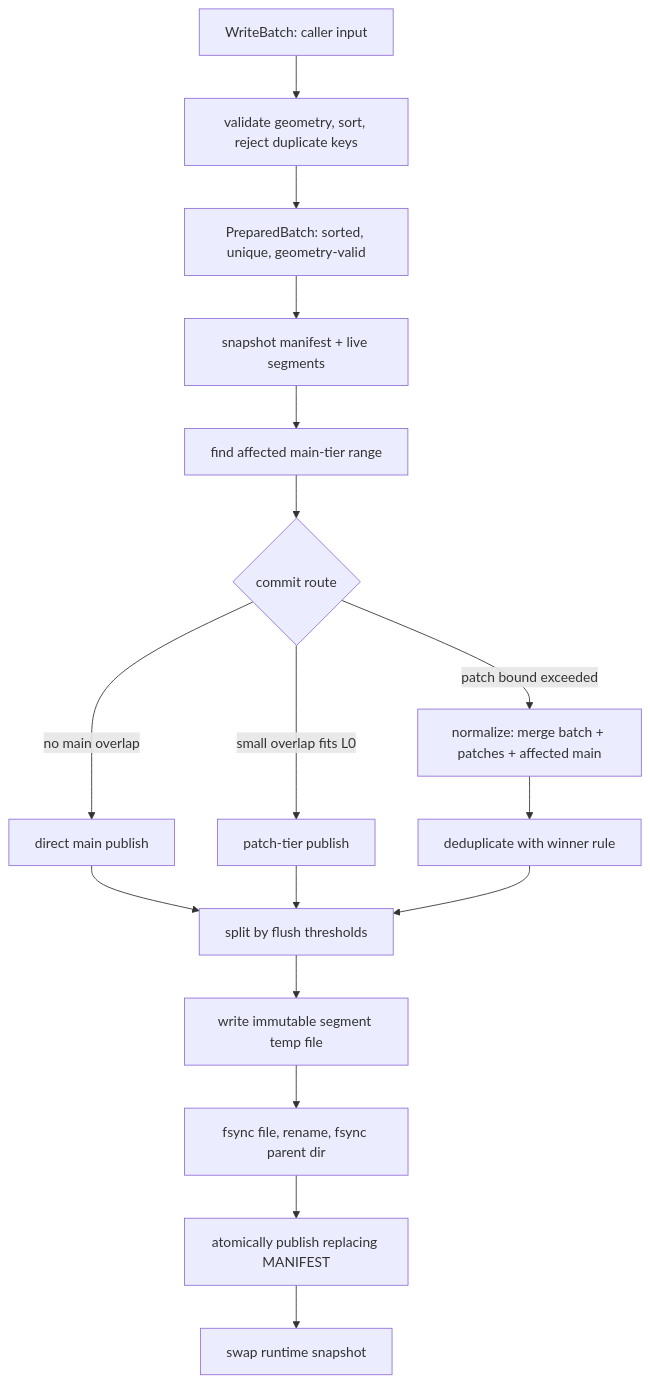
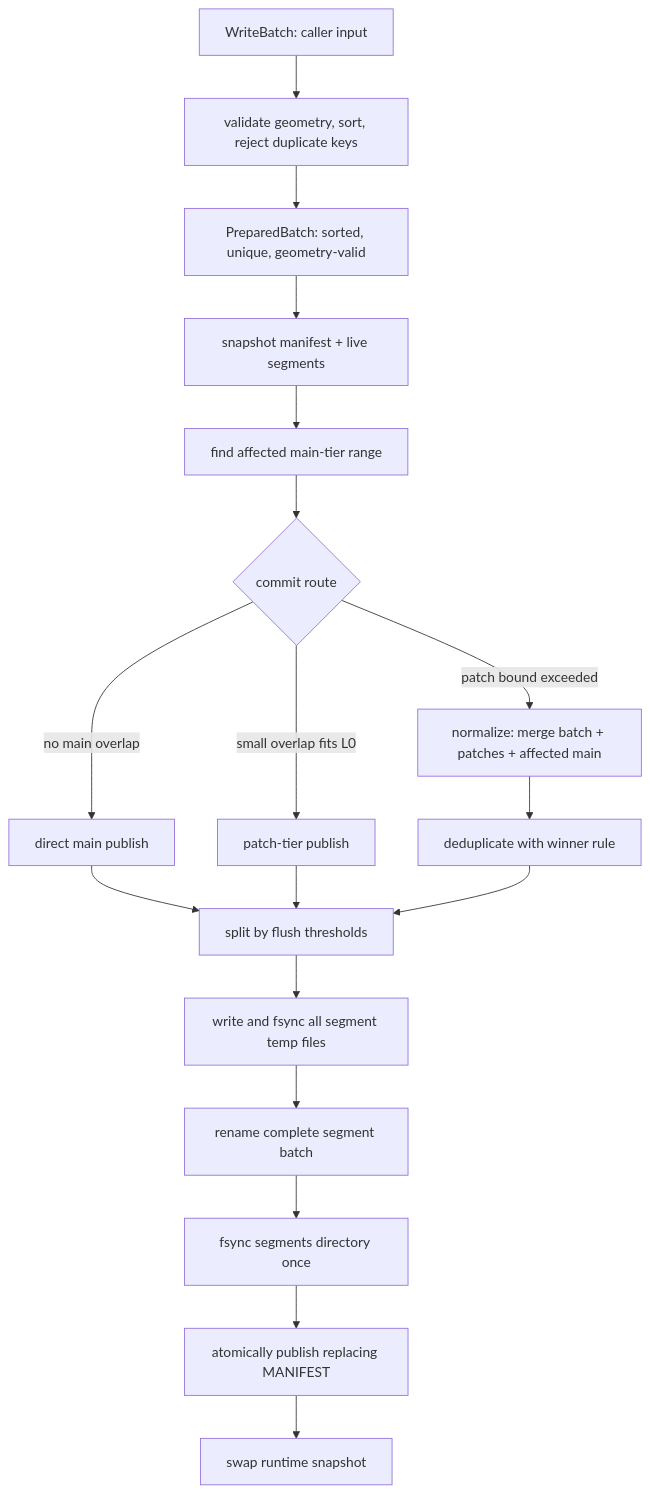
Before and after one commit to wangl-cc/evo-ssa-tools: the fifth of 7 diagrams in crates/segment-cache-store/docs/design.md, drawn with Mermaid. The commit also changed other lines of this file and 20 other files, not shown here.

````diff
--- a/crates/segment-cache-store/docs/design.md
+++ b/crates/segment-cache-store/docs/design.md
@@ -434,22 +434,23 @@
 ```mermaid
 flowchart TD
   Batch["WriteBatch: caller input"] --> Prepare["validate geometry, sort, reject duplicate keys"]
   Prepare --> Prepared["PreparedBatch: sorted, unique, geometry-valid"]
   Prepared --> Snapshot["snapshot manifest + live segments"]
   Snapshot --> Affected["find affected main-tier range"]
   Affected --> Route{"commit route"}
 
   Route -->|no main overlap| Direct["direct main publish"]
   Route -->|small overlap fits L0| Patch["patch-tier publish"]
   Route -->|patch bound exceeded| Normalize["normalize: merge batch + patches + affected main"]
 
   Direct --> Split["split by flush thresholds"]
   Patch --> Split
   Normalize --> Dedup["deduplicate with winner rule"]
   Dedup --> Split
 
-  Split --> WriteSeg["write immutable segment temp file"]
-  WriteSeg --> Rename["fsync file, rename, fsync parent dir"]
-  Rename --> Publish["atomically publish replacing MANIFEST"]
+  Split --> WriteSeg["write and fsync all segment temp files"]
+  WriteSeg --> Rename["rename complete segment batch"]
+  Rename --> SegmentBarrier["fsync segments directory once"]
+  SegmentBarrier --> Publish["atomically publish replacing MANIFEST"]
   Publish --> Swap["swap runtime snapshot"]
 ```
````
